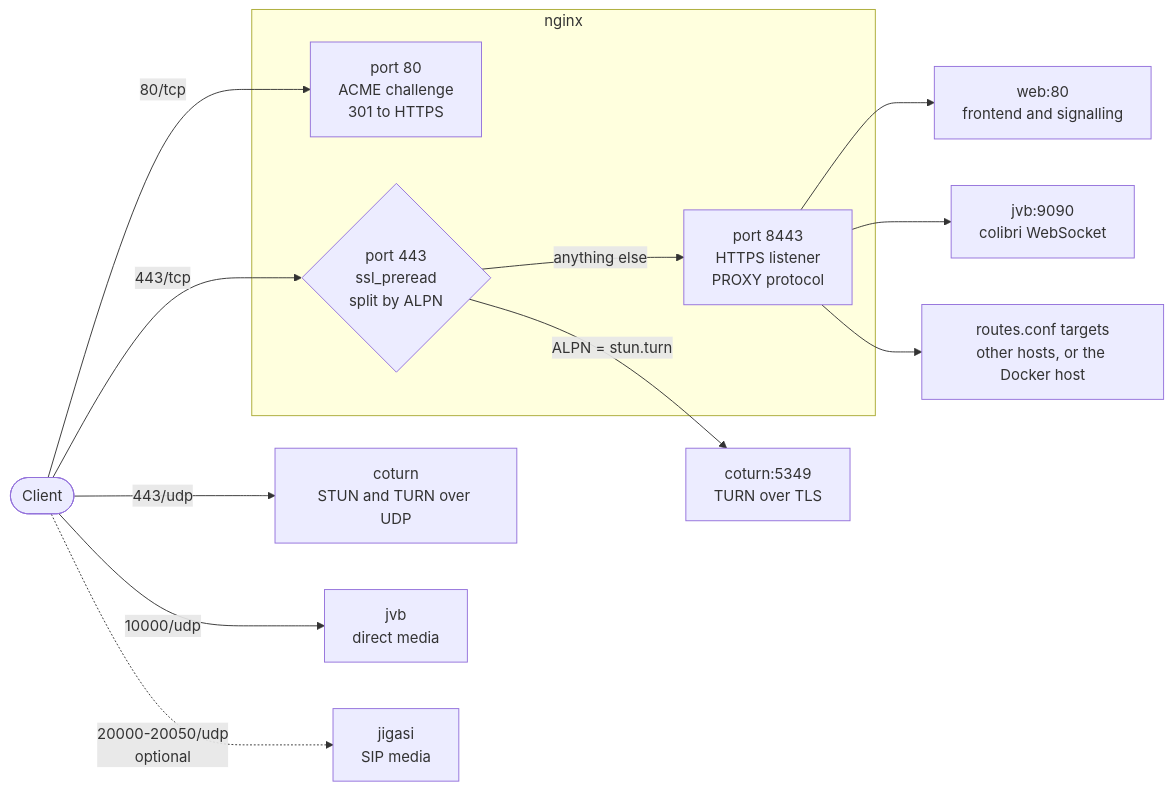
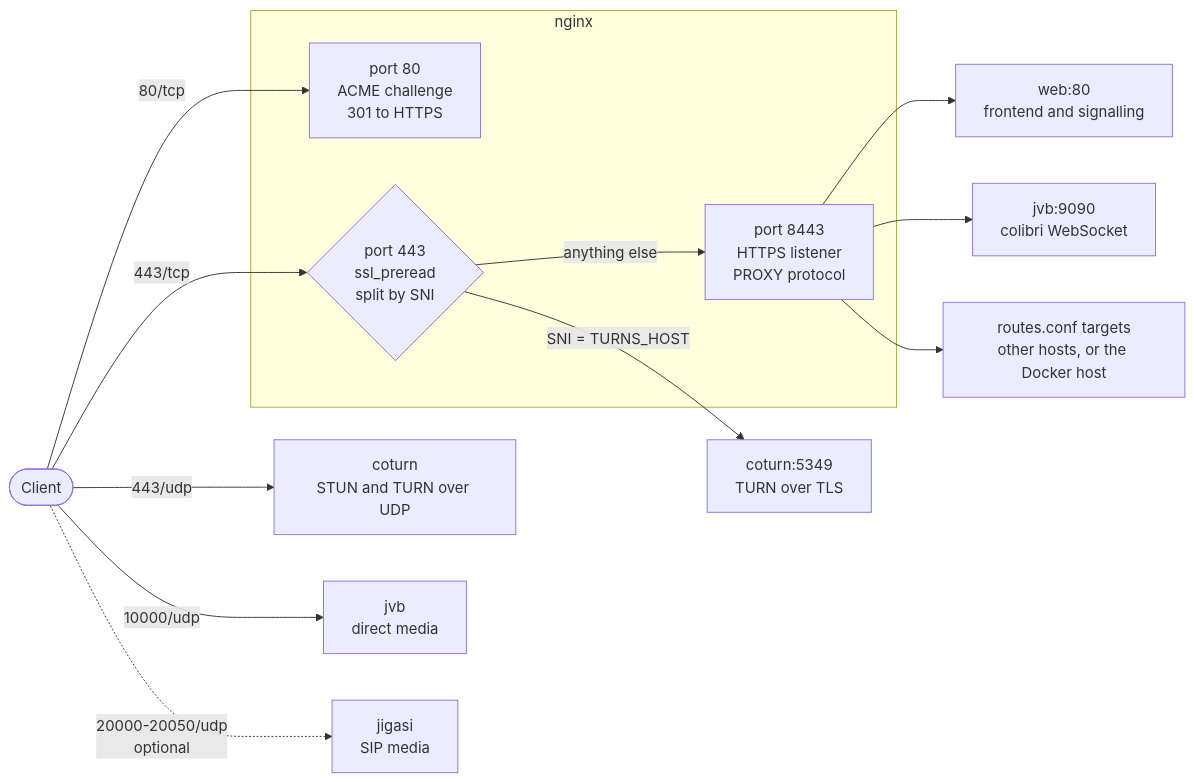
Before and after one commit to jesusdf/jitsi-custom-docker: the first of 3 diagrams in README.md, drawn with Mermaid. The commit also changed other lines of this file and 11 other files, not shown here.

````diff
--- a/README.md
+++ b/README.md
@@ -79,23 +82,23 @@
 ```mermaid
 flowchart LR
     client(["Client"])
 
     client -- "80/tcp" --> p80
     client -- "443/tcp" --> split
     client -- "443/udp" --> coturn["coturn<br/>STUN and TURN over UDP"]
     client -- "10000/udp" --> jvb["jvb<br/>direct media"]
     client -. "20000-20050/udp<br/>optional" .-> jigasi["jigasi<br/>SIP media"]
 
     subgraph nginx ["nginx"]
         p80["port 80<br/>ACME challenge<br/>301 to HTTPS"]
-        split{"port 443<br/>ssl_preread<br/>split by ALPN"}
+        split{"port 443<br/>ssl_preread<br/>split by SNI"}
         https["port 8443<br/>HTTPS listener<br/>PROXY protocol"]
     end
 
-    split -- "ALPN = stun.turn" --> turns["coturn:5349<br/>TURN over TLS"]
+    split -- "SNI = TURNS_HOST" --> turns["coturn:5349<br/>TURN over TLS"]
     split -- "anything else" --> https
 
     https --> web["web:80<br/>frontend and signalling"]
     https --> colibri["jvb:9090<br/>colibri WebSocket"]
     https --> routes["routes.conf targets<br/>other hosts, or the Docker host"]
 ```
````
